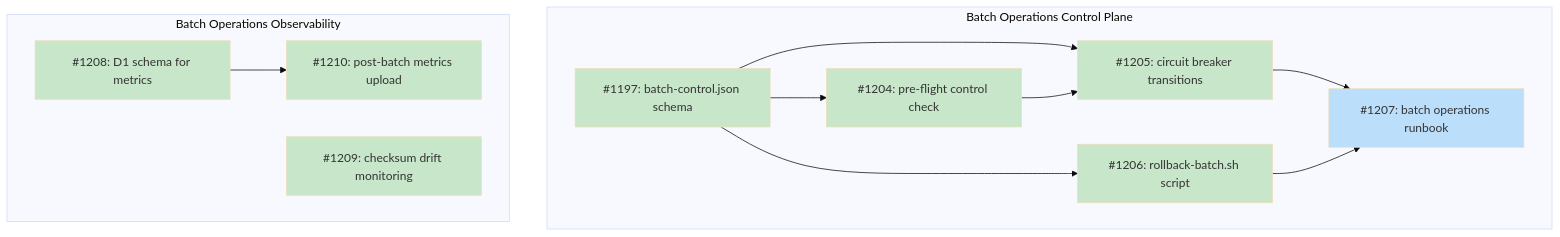
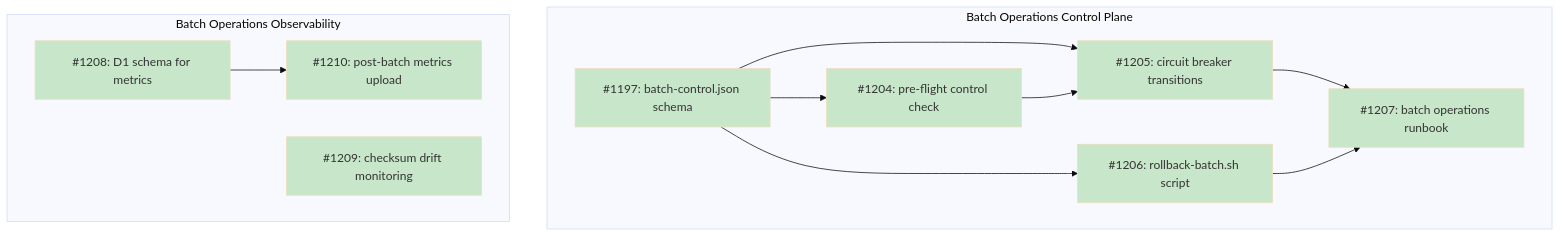
One commit to tsukumogami/tsuku changed the diagram in docs/designs/DESIGN-batch-operations.md. Above: the diagram before and after it, drawn with Mermaid (base theme). The commit also changed other lines of this file and 1 other file, not shown here.

Commit message:
docs(ops): create batch operations runbook (#1233)
Add a runbook for batch operations at
`docs/runbooks/batch-operations.md`. The runbook documents five
operational procedures following the R2 template (decision tree,
investigation steps, resolution, escalation): batch success rate drops,
emergency stop, batch rollback, budget threshold alerts, and security
incidents. Each procedure includes commands with expected output
examples and severity-appropriate escalation paths.

````diff
--- a/docs/designs/DESIGN-batch-operations.md
+++ b/docs/designs/DESIGN-batch-operations.md
@@ -36,32 +36,31 @@
 ```mermaid
 graph TD
     subgraph ControlPlane["Batch Operations Control Plane"]
         I1197["#1197: batch-control.json schema"]
         I1204["#1204: pre-flight control check"]
         I1205["#1205: circuit breaker transitions"]
         I1206["#1206: rollback-batch.sh script"]
         I1207["#1207: batch operations runbook"]
     end
 
     subgraph Observability["Batch Operations Observability"]
         I1208["#1208: D1 schema for metrics"]
         I1209["#1209: checksum drift monitoring"]
         I1210["#1210: post-batch metrics upload"]
     end
 
     I1197 --> I1204
     I1197 --> I1205
     I1197 --> I1206
     I1204 --> I1205
     I1205 --> I1207
     I1206 --> I1207
     I1208 --> I1210
 
     classDef done fill:#c8e6c9
     classDef ready fill:#bbdefb
     classDef blocked fill:#fff9c4
     classDef needsDesign fill:#e1bee7
 
-    class I1197,I1204,I1205,I1206,I1208,I1209,I1210 done
-    class I1207 ready
+    class I1197,I1204,I1205,I1206,I1207,I1208,I1209,I1210 done
 ```
````
